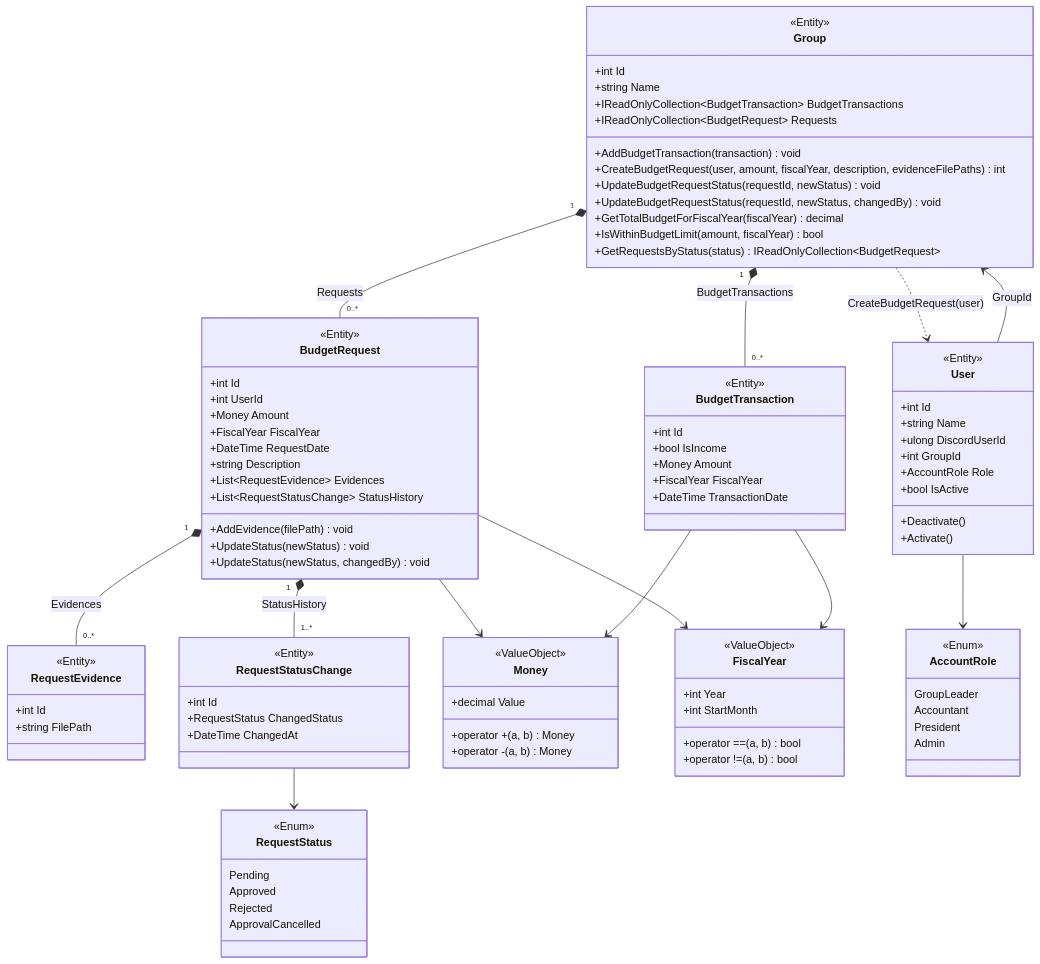
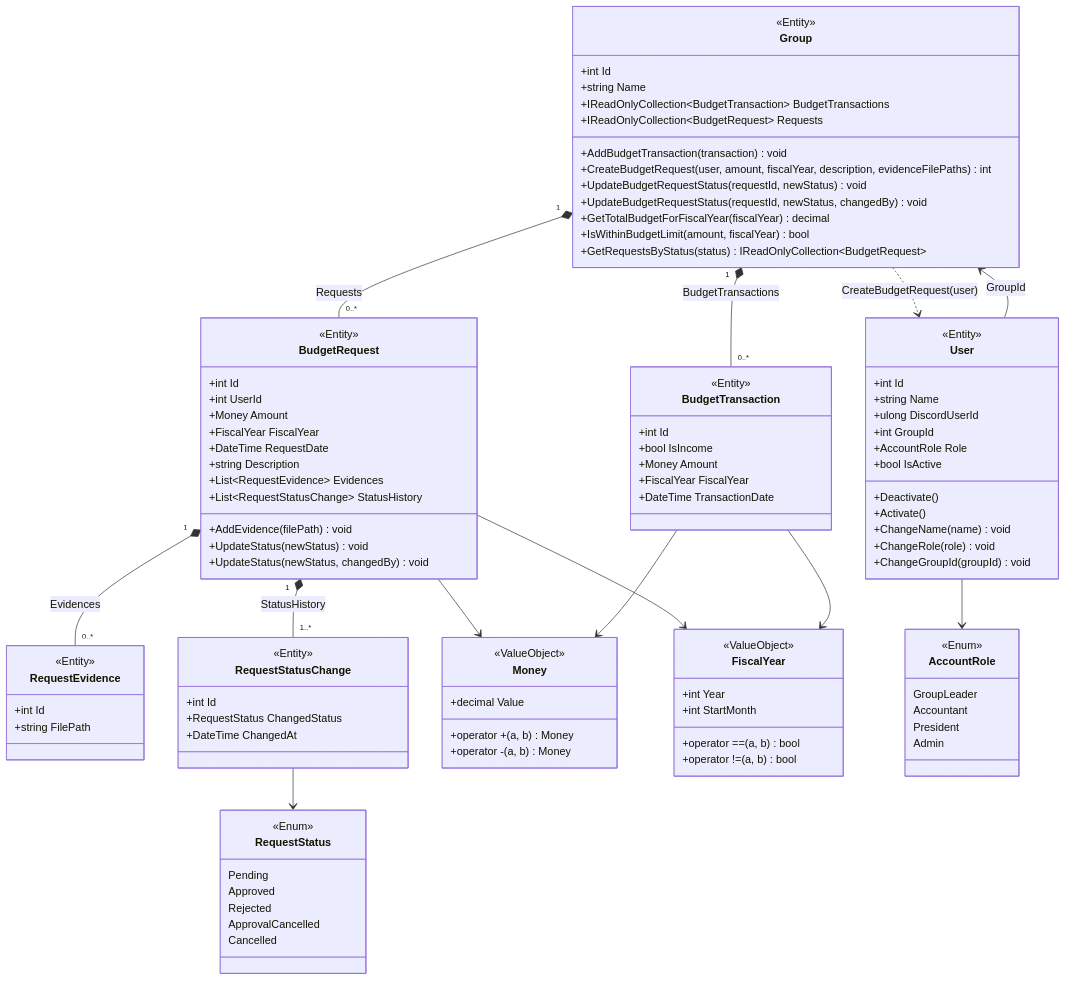
One commit to CASru-IT/BudgetManagementBotSystem changed the second of 2 diagrams in docs/design.md. Above: the diagram before and after it, drawn with Mermaid. The commit also changed other lines of this file and 6 other files, not shown here.

```diff
--- a/docs/design.md
+++ b/docs/design.md
@@ -206,6 +207,9 @@
   +bool IsActive
   +Deactivate()
   +Activate()
+  +ChangeName(name) void
+  +ChangeRole(role) void
+  +ChangeGroupId(groupId) void
 }
 
 class Money {
@@ -229,6 +233,7 @@
   Approved
   Rejected
   ApprovalCancelled
+  Cancelled
 }
 
 class AccountRole {
```
